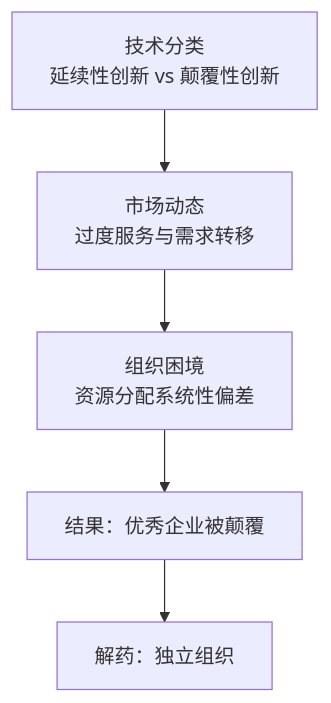
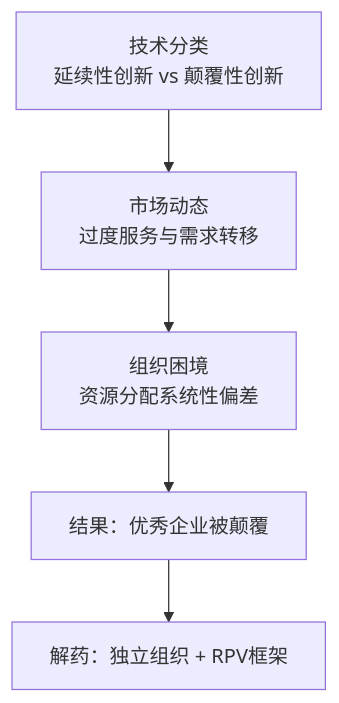
The diagram in 知识库/商业类/《创新者的窘境》 - 克莱顿·克里斯坦森.md (xdawayer/obsidian), drawn with Mermaid before and after one commit. The commit also changed other lines of this file and 16 other files, not shown here.

````diff
--- a/知识库/商业类/《创新者的窘境》 - 克莱顿·克里斯坦森.md
+++ b/知识库/商业类/《创新者的窘境》 - 克莱顿·克里斯坦森.md
@@ -33,7 +33,7 @@
 ```mermaid
 graph TD
     A["技术分类<br>延续性创新 vs 颠覆性创新"] --> B["市场动态<br>过度服务与需求转移"]
     B --> C["组织困境<br>资源分配系统性偏差"]
     C --> D["结果：优秀企业被颠覆"]
-    D --> E["解药：独立组织"]
+    D --> E["解药：独立组织 + RPV框架"]
 ```
````
